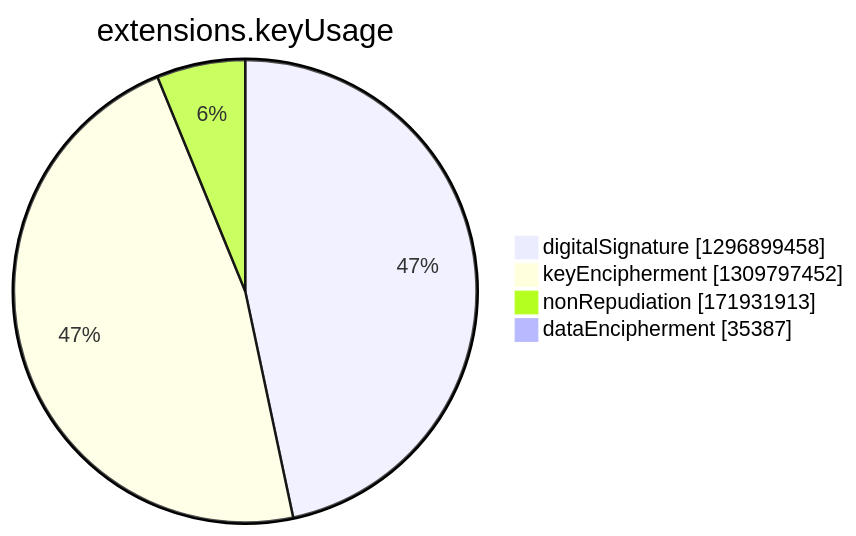
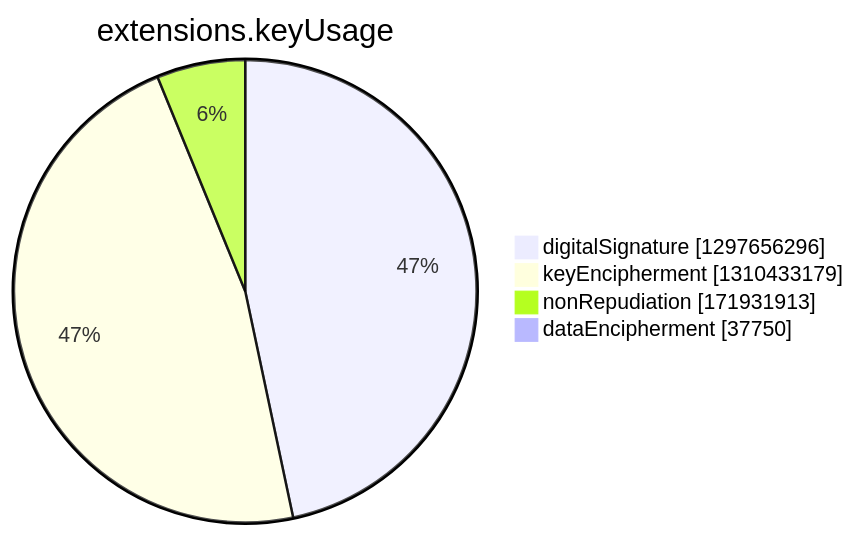
Before and after one commit to christiankrug/ctmonitor_visualization: the seventh of 15 diagrams in argon2022/README.md, drawn with Mermaid. The commit also changed other lines of this file, not shown here.

````diff
--- a/argon2022/README.md
+++ b/argon2022/README.md
@@ -2749,8 +2749,8 @@
 ```mermaid
 pie showData
 title extensions.keyUsage
-"digitalSignature" :1296899458
-"keyEncipherment" :1309797452
+"digitalSignature" :1297656296
+"keyEncipherment" :1310433179
 "nonRepudiation" :171931913
-"dataEncipherment" :35387
+"dataEncipherment" :37750
 ```
````
